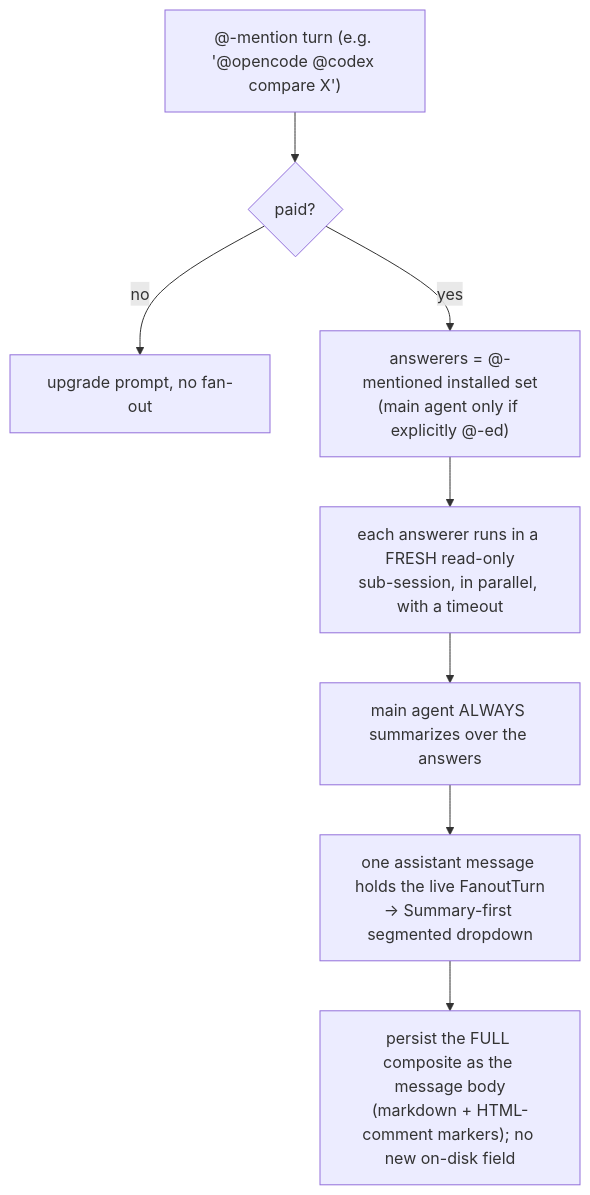
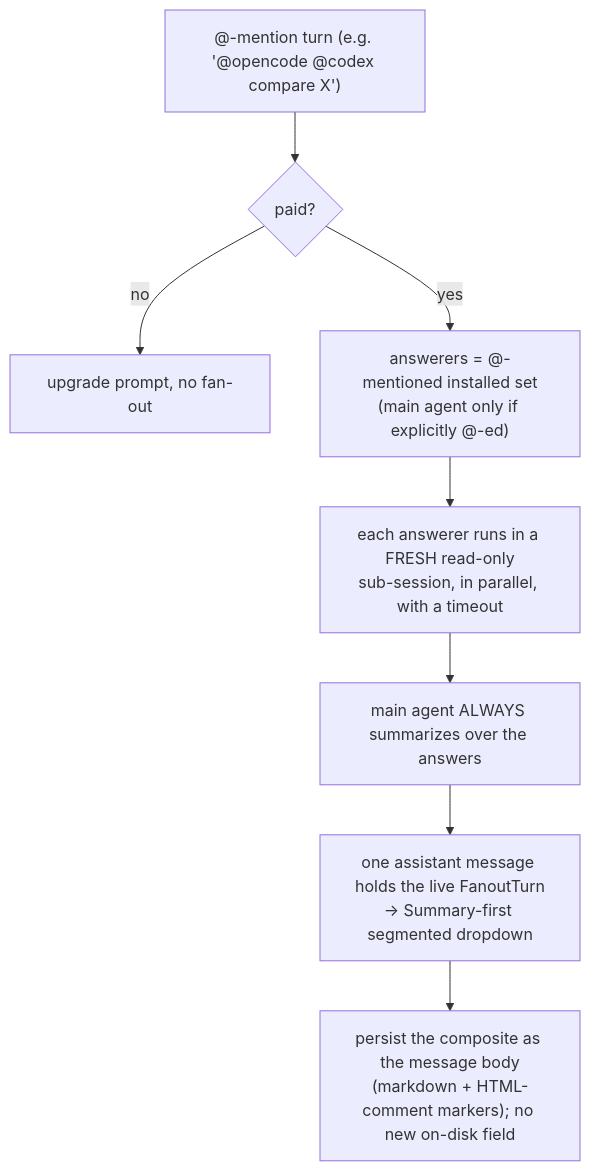
One commit to logancyang/obsidian-copilot changed the diagram in designdocs/MULTI_AGENT_FANOUT_ARCHITECTURE.md. Above: the diagram before and after it, drawn with Mermaid. The commit also changed other lines of this file and 2 other files, not shown here.

````diff
--- a/designdocs/MULTI_AGENT_FANOUT_ARCHITECTURE.md
+++ b/designdocs/MULTI_AGENT_FANOUT_ARCHITECTURE.md
@@ -48,10 +10,10 @@
 ```mermaid
 flowchart TD
     U["@-mention turn (e.g. '@opencode @codex compare X')"] --> G{paid?}
     G -- no --> P[upgrade prompt, no fan-out]
     G -- yes --> A["answerers = @-mentioned installed set<br/>(main agent only if explicitly @-ed)"]
     A --> AN["each answerer runs in a FRESH read-only<br/>sub-session, in parallel, with a timeout"]
     AN --> S["main agent ALWAYS summarizes over the answers"]
     S --> M["one assistant message holds the live FanoutTurn<br/>→ Summary-first segmented dropdown"]
-    M --> SAVE["persist the FULL composite as the message body<br/>(markdown + HTML-comment markers); no new on-disk field"]
+    M --> SAVE["persist the composite as the message body<br/>(markdown + HTML-comment markers); no new on-disk field"]
 ```
````
